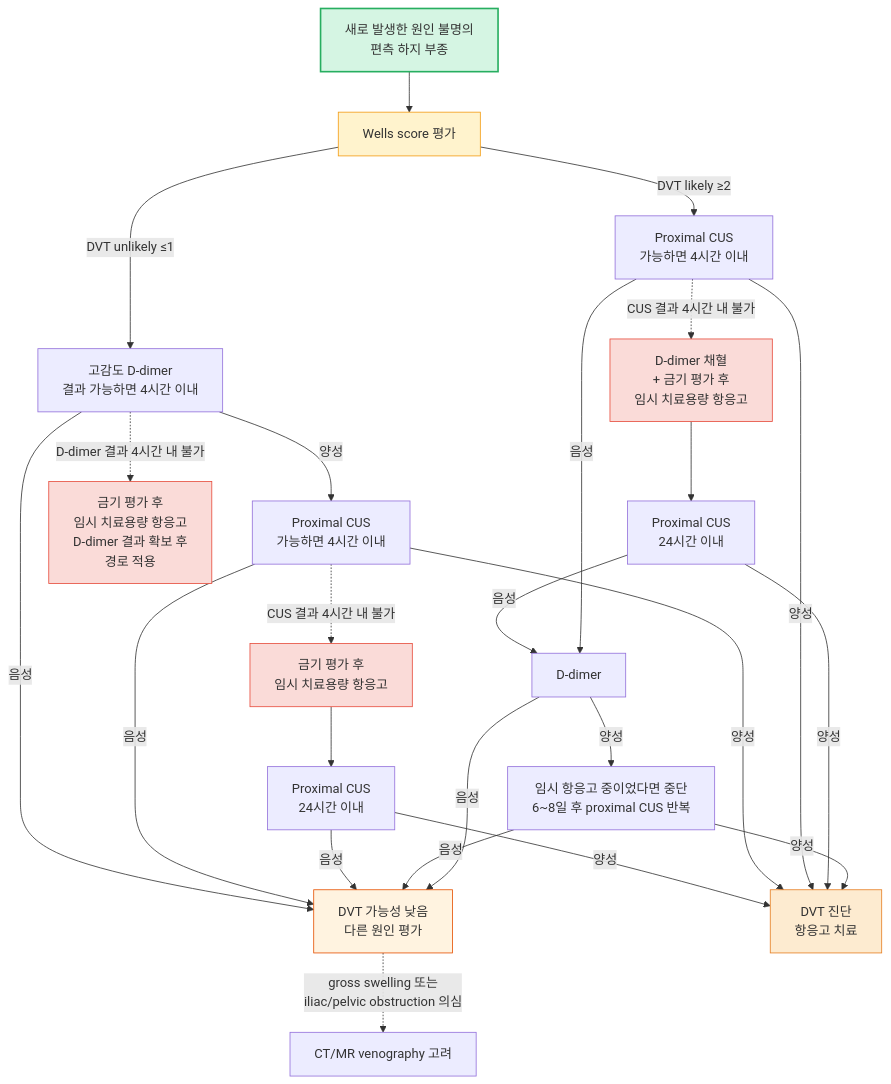
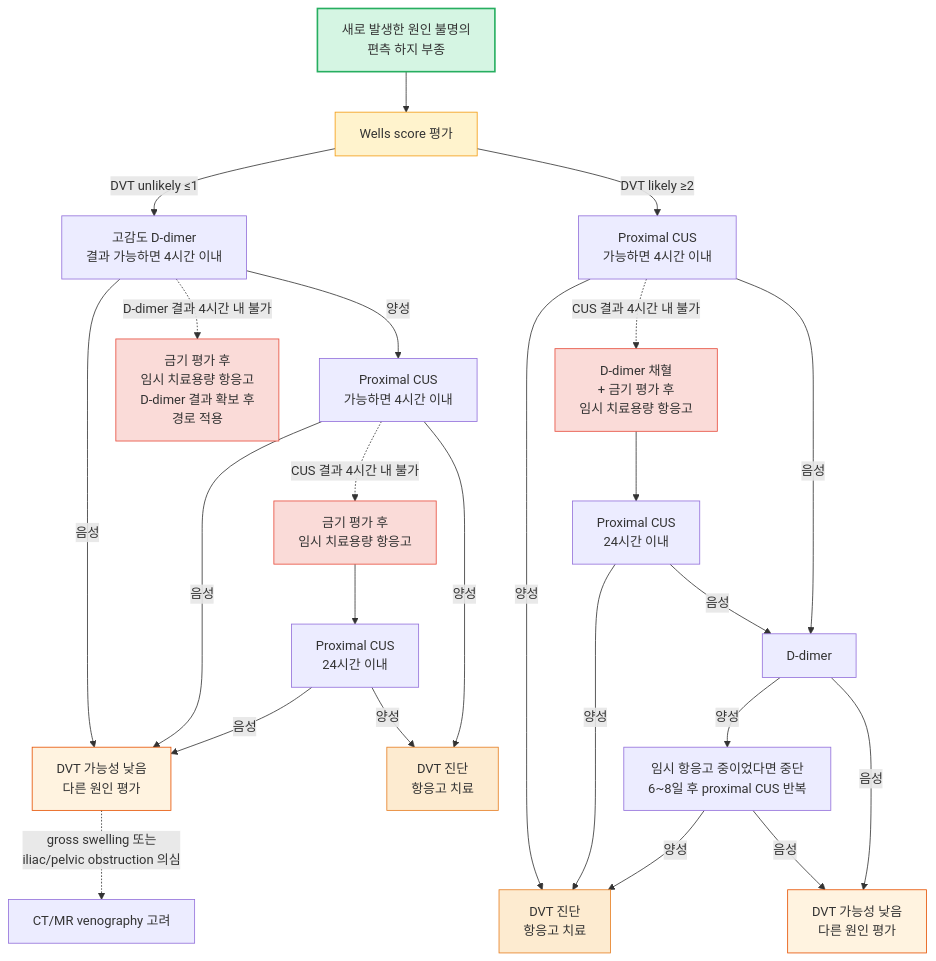
Before and after one commit to familyoh77/familyoh77: the first of 4 diagrams in 220_/012_-edema.md, drawn with Mermaid. The commit also changed other lines of this file, not shown here.

````diff
--- a/220_/012_-edema.md
+++ b/220_/012_-edema.md
@@ -195,34 +195,36 @@
 ```mermaid
 graph TD
 SG1["새로 발생한 원인 불명의<br/>편측 하지 부종"] --> B["Wells score 평가"]
         B -- "DVT unlikely ≤1" --> C["고감도 D-dimer<br/>결과 가능하면 4시간 이내"]
         C -- "음성" --> E["DVT 가능성 낮음<br/>다른 원인 평가"]
         C -- "양성" --> D1["Proximal CUS<br/>가능하면 4시간 이내"]
         C -. "D-dimer 결과 4시간 내 불가" .-> I1["금기 평가 후 <br/>임시 치료용량 항응고<br/>D-dimer 결과 확보 후 <br/>경로 적용"]
         B -- "DVT likely ≥2" --> D2["Proximal CUS<br/>가능하면 4시간 이내"]
         D1 -- "음성" --> E
         D1 -. "CUS 결과 4시간 내 불가" .-> I3["금기 평가 후 <br/>임시 치료용량 항응고"]
         I3 --> D4["Proximal CUS<br/>24시간 이내"]
-        D4 -- "양성" --> G
+        D4 -- "양성" --> G0
         D4 -- "음성" --> E
-        D1 -- "양성" --> G["DVT 진단<br/>항응고 치료"]
-        D2 -- "양성" --> G
+        D1 -- "양성" --> G0["DVT 진단<br/>항응고 치료"]
+        D2 -- "양성" --> G["DVT 진단<br/>항응고 치료"]
         D2 -. "CUS 결과 4시간 내 불가" .-> I2["D-dimer 채혈 <br/>+ 금기 평가 후<br/>임시 치료용량 항응고"]
         I2 --> D3["Proximal CUS<br/>24시간 이내"]
         D3 -- "양성" --> G
         D3 -- "음성" --> DD["D-dimer"]
         D2 -- "음성" --> DD
         DD -- "양성" --> R["임시 항응고 중이었다면 중단<br/>6~8일 후 proximal CUS 반복"]
         R -- "양성" --> G
-        R -- "음성" --> E
+        R -- "음성" --> E0
         E -. "gross swelling 또는<br/>iliac/pelvic obstruction 의심" .-> H["CT/MR venography 고려"]
-        DD -- "음성" --> E
+        DD -- "음성" --> E0["DVT 가능성 낮음<br/>다른 원인 평가"]
     style SG1 fill:#d5f5e3,stroke:#27ae60,stroke-width:2px
     style B fill:#fff3cd,stroke:#f39c12
     style I1 fill:#fadbd8,stroke:#e74c3c
     style I2 fill:#fadbd8,stroke:#e74c3c
     style I3 fill:#fadbd8,stroke:#e74c3c
 
-    style E fill:#fff3e0,stroke:#e65100
-    style G fill:#fdebd0,stroke:#e67e22
+classDef orange50 fill:#fff3e0,stroke:#e65100
+class E,E0 orange50
+classDef orange fill:#fdebd0,stroke:#e67e22
+class G,G0 orange
 ```
````
